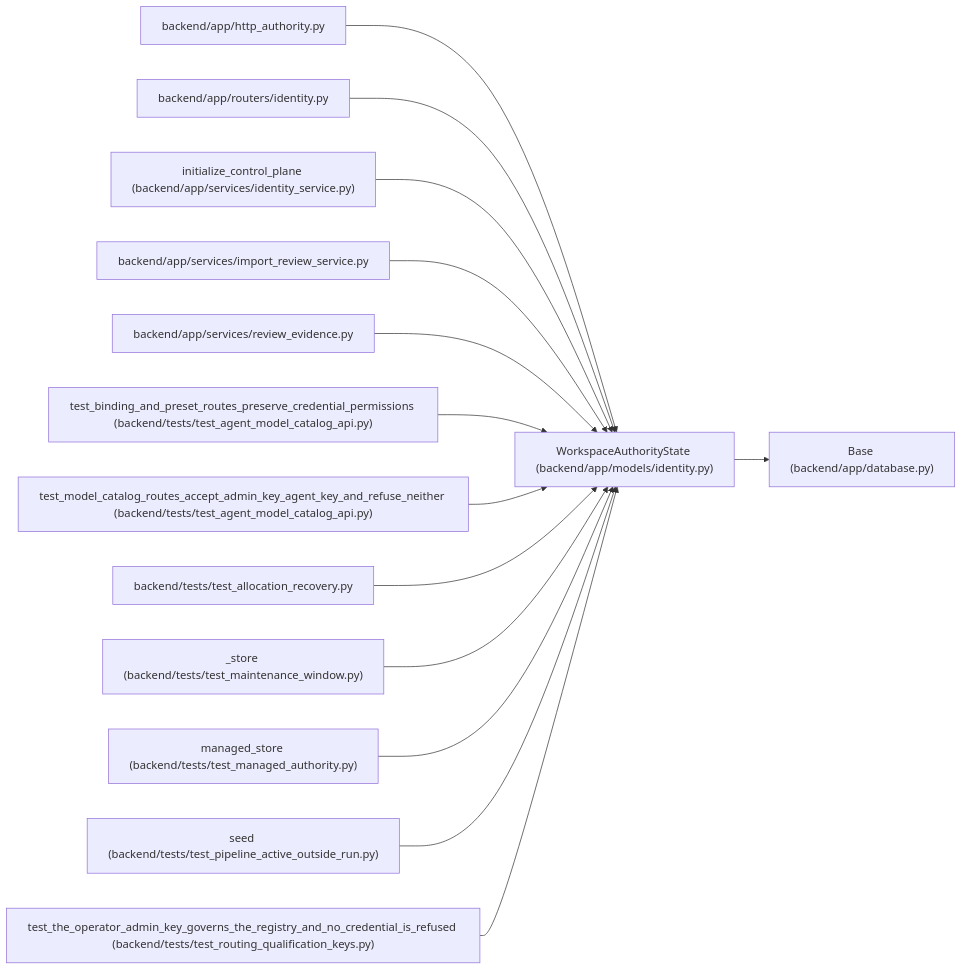
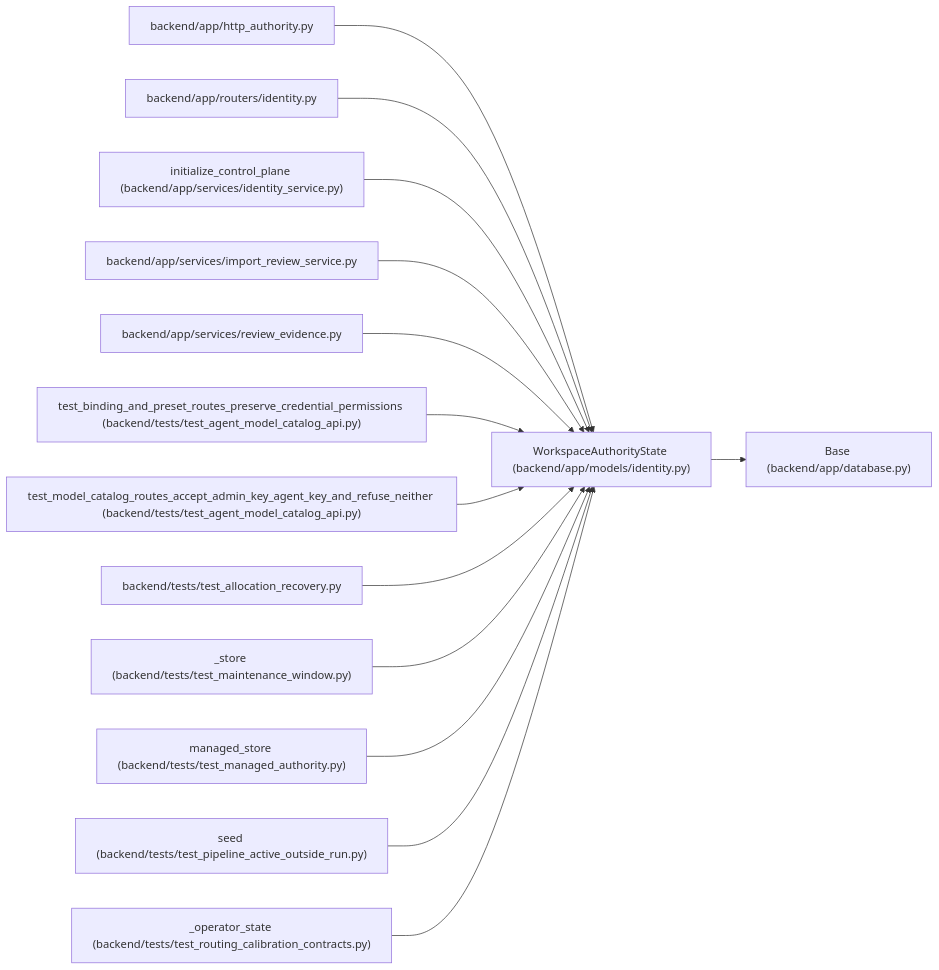
Before and after one commit to Denissvgn/WorkChord: the diagram in docs/llm_wiki/entities/WorkspaceAuthorityState.md, drawn with Mermaid. The commit also changed other lines of this file and 836 other files, not shown here.

Commit message:
Sync the architectural wiki for the calibration contract

````diff
--- a/docs/llm_wiki/entities/WorkspaceAuthorityState.md
+++ b/docs/llm_wiki/entities/WorkspaceAuthorityState.md
@@ -27,44 +27,44 @@
 ```mermaid
 flowchart LR
     n0["WorkspaceAuthorityState (backend/app/models/identity.py)"]
     n1["Base (backend/app/database.py)"]
     n2["backend/app/http_authority.py"]
     n3["backend/app/routers/identity.py"]
     n4["initialize_control_plane (backend/app/services/identity_service.py)"]
     n5["backend/app/services/import_review_service.py"]
     n6["backend/app/services/review_evidence.py"]
     n7["test_binding_and_preset_routes_preserve_credential_permissions (backend/tests/test_agent_model_catalog_api.py)"]
     n8["test_model_catalog_routes_accept_admin_key_agent_key_and_refuse_neither (backend/tests/test_agent_model_catalog_api.py)"]
     n9["backend/tests/test_allocation_recovery.py"]
     n10["_store (backend/tests/test_maintenance_window.py)"]
     n11["managed_store (backend/tests/test_managed_authority.py)"]
     n12["seed (backend/tests/test_pipeline_active_outside_run.py)"]
-    n13["test_the_operator_admin_key_governs_the_registry_and_no_credential_is_refused (backend/tests/test_routing_qualification_keys.py)"]
+    n13["_operator_state (backend/tests/test_routing_calibration_contracts.py)"]
     n0 --> n1
     n2 --> n0
     n3 --> n0
     n4 --> n0
     n5 --> n0
     n6 --> n0
     n7 --> n0
     n8 --> n0
     n9 --> n0
     n10 --> n0
     n11 --> n0
     n12 --> n0
     n13 --> n0
     click n0 "../modules/models_identity.md"
     click n1 "../modules/app_database.md"
     click n2 "../modules/http_authority.md"
     click n3 "../modules/routers_identity.md"
     click n4 "../modules/identity_service.md"
     click n5 "../modules/import_review_service.md"
     click n6 "../modules/services_review_evidence.md"
     click n7 "../modules/test_agent_model_catalog_api.md"
     click n8 "../modules/test_agent_model_catalog_api.md"
     click n9 "../modules/test_allocation_recovery.md"
     click n10 "../modules/test_maintenance_window.md"
     click n11 "../modules/test_managed_authority.md"
     click n12 "../modules/test_pipeline_active_outside_run.md"
-    click n13 "../modules/test_routing_qualification_keys.md"
+    click n13 "../modules/test_routing_calibration_contracts.md"
 ```
````
